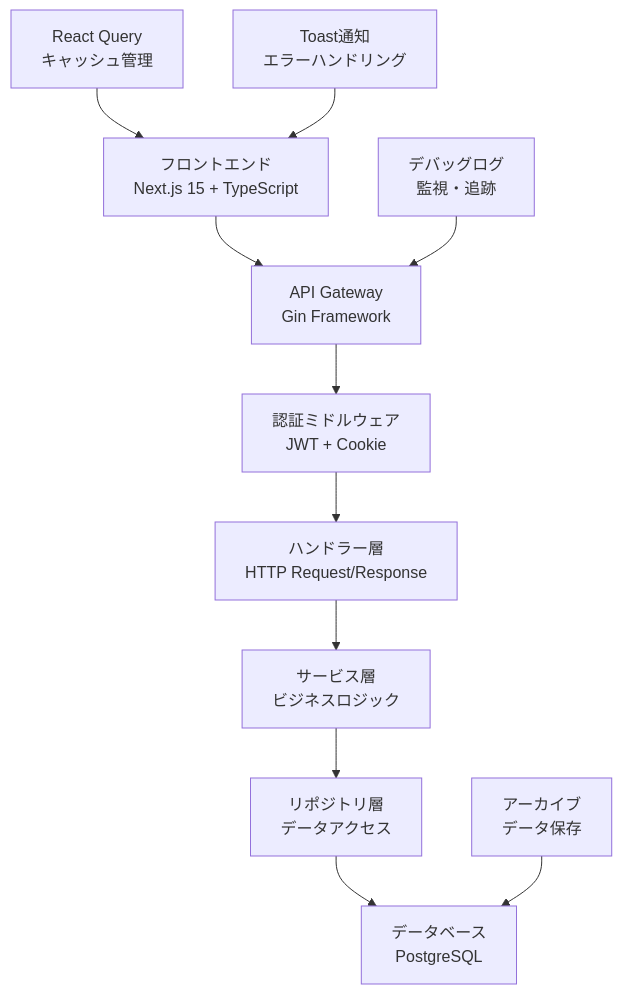
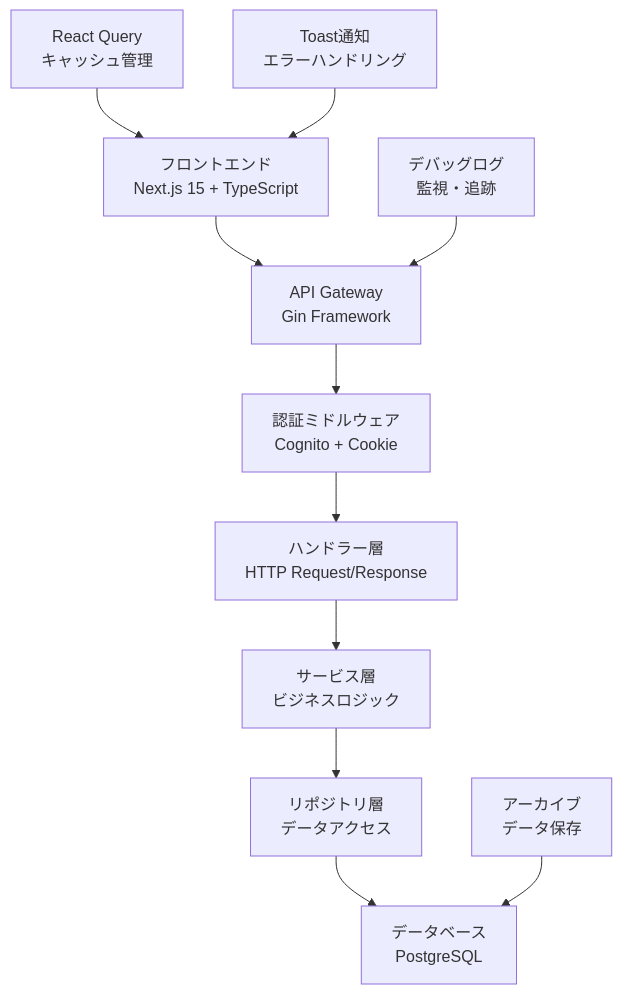
The diagram in docs/05_design/weekly_report/detailed-design.md (duesk-inc/monstera), drawn with Mermaid before and after one commit. The commit also changed other lines of this file and 130 other files, not shown here.

````diff
--- a/docs/05_design/weekly_report/detailed-design.md
+++ b/docs/05_design/weekly_report/detailed-design.md
@@ -26,14 +26,14 @@
 ```mermaid
 graph TD
     A[フロントエンド<br/>Next.js 15 + TypeScript] --> B[API Gateway<br/>Gin Framework]
-    B --> C[認証ミドルウェア<br/>JWT + Cookie]
+    B --> C[認証ミドルウェア<br/>Cognito + Cookie]
     C --> D[ハンドラー層<br/>HTTP Request/Response]
     D --> E[サービス層<br/>ビジネスロジック]
     E --> F[リポジトリ層<br/>データアクセス]
     F --> G[データベース<br/>PostgreSQL]
     
     H[React Query<br/>キャッシュ管理] --> A
     I[Toast通知<br/>エラーハンドリング] --> A
     J[デバッグログ<br/>監視・追跡] --> B
     K[アーカイブ<br/>データ保存] --> G
 ```
````
